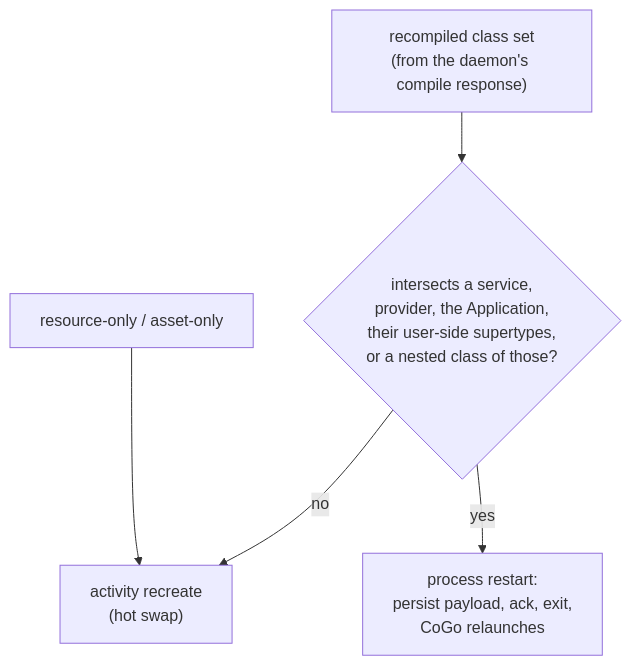
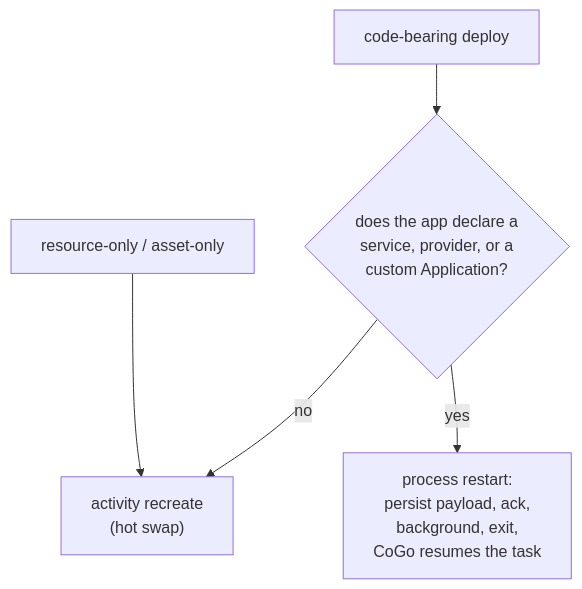
One commit to appdevforall/CodeOnTheGo changed the second of 2 diagrams in quickbuild/docs/component-proxying-design.md. Above: the diagram before and after it, drawn with Mermaid. The commit also changed other lines of this file and 96 other files, not shown here.

````diff
--- a/quickbuild/docs/component-proxying-design.md
+++ b/quickbuild/docs/component-proxying-design.md
@@ -167,7 +173,7 @@
 ```mermaid
 flowchart TD
-    C["recompiled class set<br/>(from the daemon's compile response)"] --> Q{"intersects a service,<br/>provider, the Application,<br/>their user-side supertypes,<br/>or a nested class of those?"}
+    C["code-bearing deploy"] --> Q{"does the app declare a<br/>service, provider, or a<br/>custom Application?"}
     Q -->|no| R["activity recreate<br/>(hot swap)"]
-    Q -->|yes| K["process restart:<br/>persist payload, ack, exit,<br/>CoGo relaunches"]
+    Q -->|yes| K["process restart:<br/>persist payload, ack,<br/>background, exit,<br/>CoGo resumes the task"]
     RES["resource-only / asset-only"] --> R
 ```
````
